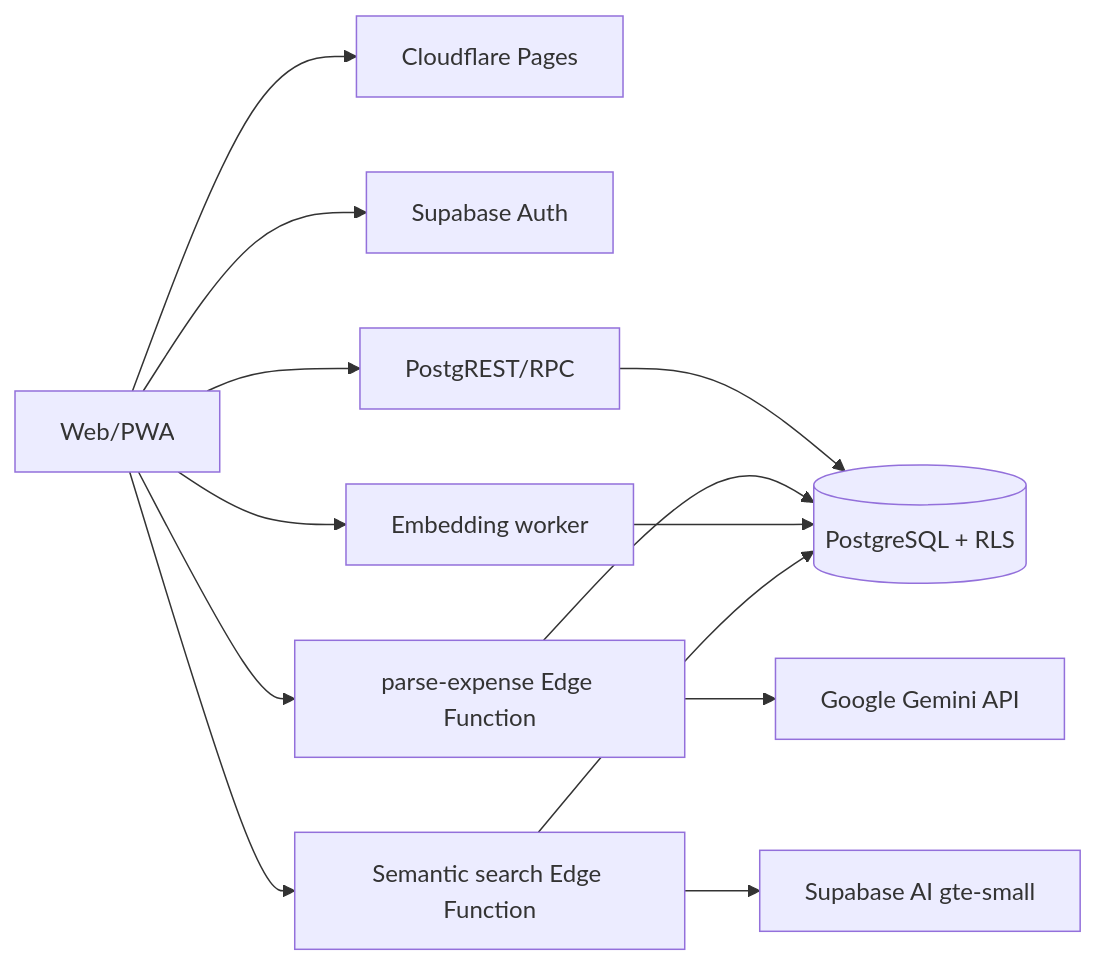
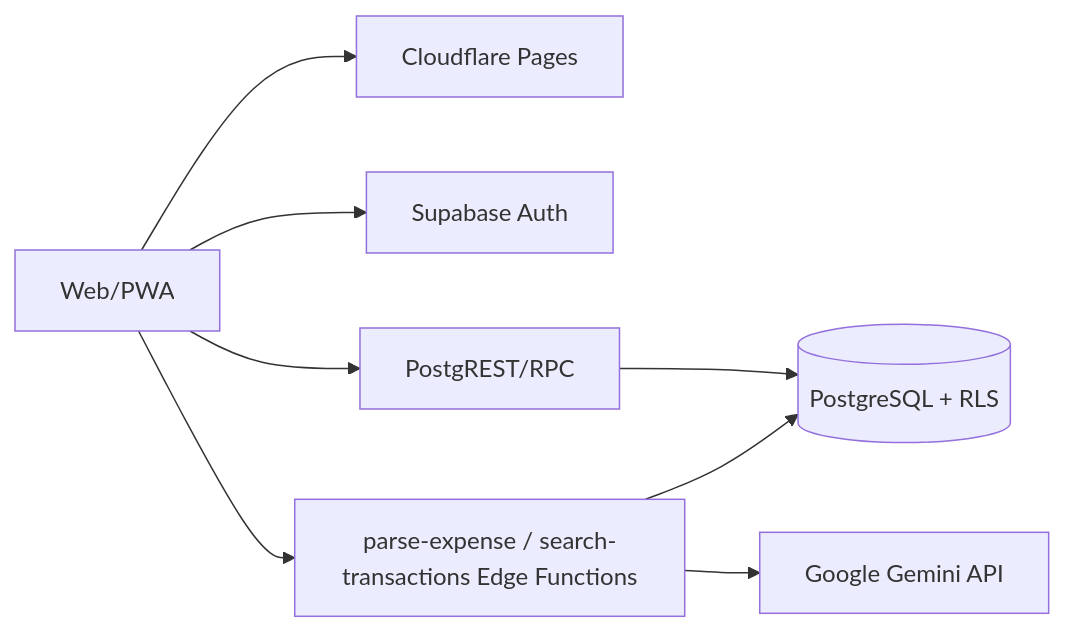
The diagram in HANDOFF.md (nhan0805/family-expense), drawn with Mermaid before and after one commit. The commit also changed other lines of this file and 28 other files, not shown here.

````diff
--- a/HANDOFF.md
+++ b/HANDOFF.md
@@ -512,15 +528,10 @@
 ```mermaid
 flowchart LR
   U[Web/PWA] --> CF[Cloudflare Pages]
   U --> A[Supabase Auth]
   U --> P[PostgREST/RPC]
   P --> D[(PostgreSQL + RLS)]
-  U --> E[parse-expense Edge Function]
+  U --> E[parse-expense / search-transactions Edge Functions]
   E --> D
   E --> G[Google Gemini API]
-  U --> ES[Embedding worker]
-  ES --> D
-  U --> SS[Semantic search Edge Function]
-  SS --> D
-  SS --> M[Supabase AI gte-small]
 ```
````
